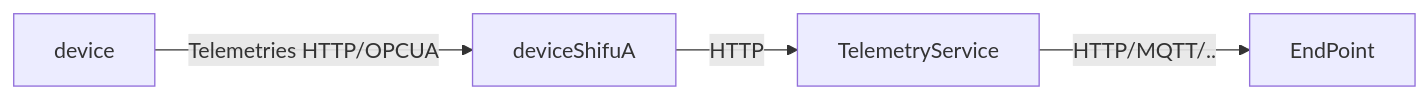
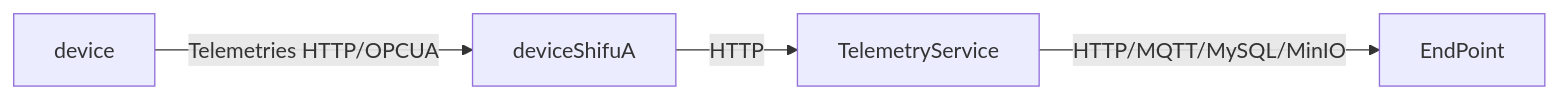
Before and after one commit to Edgenesis/shifu: the diagram in docs/design/shifu-framework/telemetry-service.md, drawn with Mermaid. The commit also changed other lines of this file and 8 other files, not shown here.

````diff
--- a/docs/design/shifu-framework/telemetry-service.md
+++ b/docs/design/shifu-framework/telemetry-service.md
@@ -18,7 +18,7 @@
 ```mermaid
 graph LR;
 device -->|Telemetries HTTP/OPCUA| deviceShifuA;
 deviceShifuA -->|HTTP| TelemetryService;
-TelemetryService -->|HTTP/MQTT/..| EndPoint
+TelemetryService -->|HTTP/MQTT/MySQL/MinIO| EndPoint
 
 ```
````
